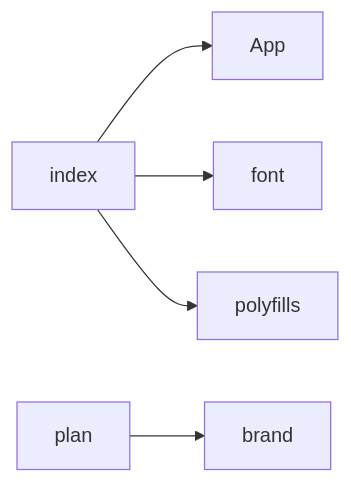
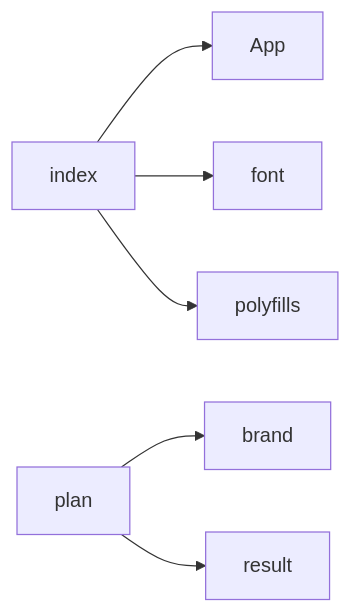
Before and after one commit to SantaClaas/week-budget-planner: the diagram in docs/MODULES.md, drawn with Mermaid. The commit also changed 10 other files, not shown here.

````diff
--- a/docs/MODULES.md
+++ b/docs/MODULES.md
@@ -9,13 +9,15 @@
 ```mermaid
 flowchart LR
   module_App["App"]
   module_brand["brand"]
   module_font["font"]
   module_index["index"]
   module_plan["plan"]
   module_polyfills["polyfills"]
+  module_result["result"]
   module_index --> module_App
   module_index --> module_font
   module_index --> module_polyfills
   module_plan --> module_brand
+  module_plan --> module_result
 ```
````
